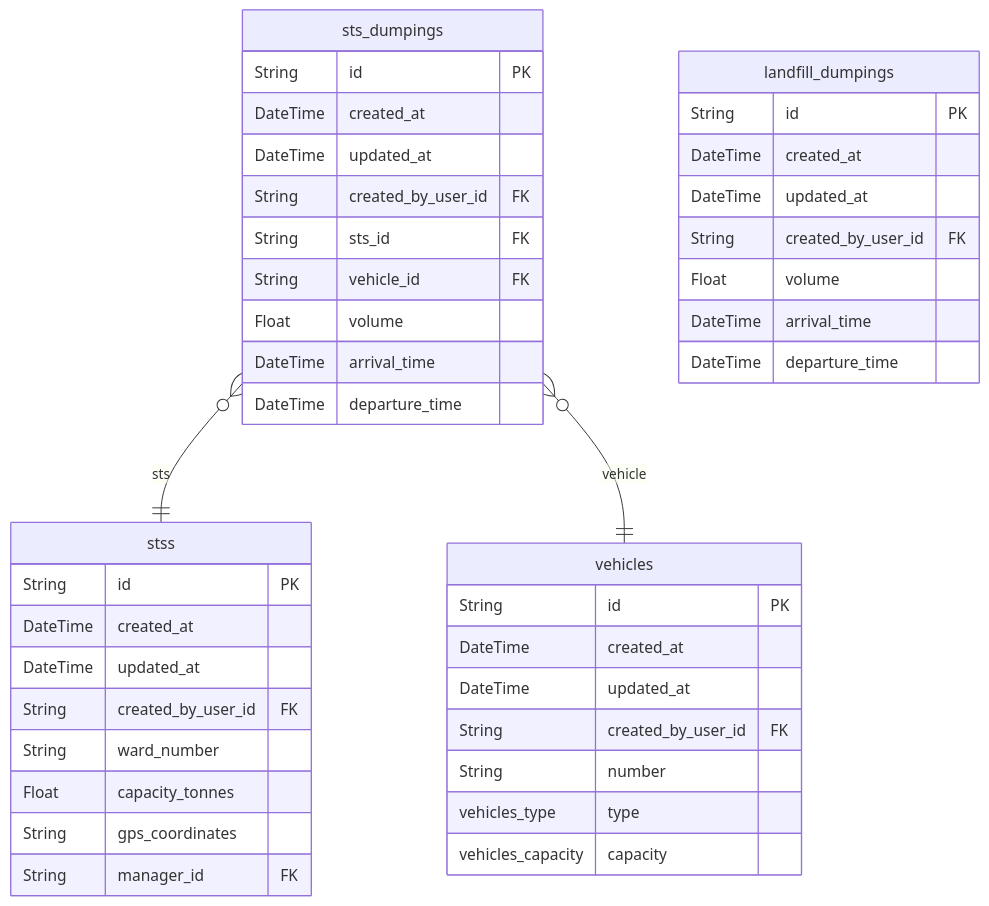
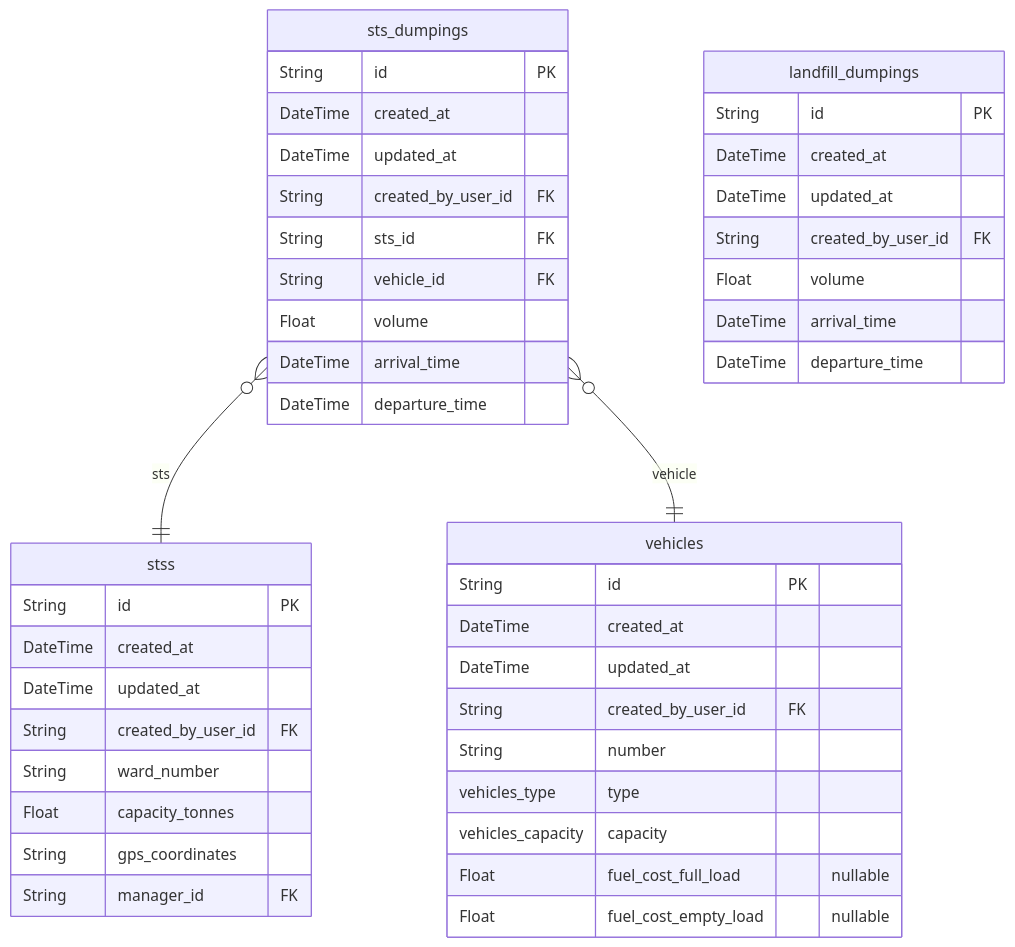
The second of 2 diagrams in packages/db/README.md (nurulhudaapon/codesamurai-final), drawn with Mermaid before and after one commit. The commit also changed other lines of this file and 19 other files, not shown here.

````diff
--- a/packages/db/README.md
+++ b/packages/db/README.md
@@ -98,44 +98,46 @@
 ```mermaid
 erDiagram
 "vehicles" {
   String id PK
   DateTime created_at
   DateTime updated_at
   String created_by_user_id FK
   String number
   vehicles_type type
   vehicles_capacity capacity
+  Float fuel_cost_full_load "nullable"
+  Float fuel_cost_empty_load "nullable"
 }
 "stss" {
   String id PK
   DateTime created_at
   DateTime updated_at
   String created_by_user_id FK
   String ward_number
   Float capacity_tonnes
   String gps_coordinates
   String manager_id FK
 }
 "sts_dumpings" {
   String id PK
   DateTime created_at
   DateTime updated_at
   String created_by_user_id FK
   String sts_id FK
   String vehicle_id FK
   Float volume
   DateTime arrival_time
   DateTime departure_time
 }
 "landfill_dumpings" {
   String id PK
   DateTime created_at
   DateTime updated_at
   String created_by_user_id FK
   Float volume
   DateTime arrival_time
   DateTime departure_time
 }
 "sts_dumpings" }o--|| "stss" : sts
 "sts_dumpings" }o--|| "vehicles" : vehicle
 ```
````
